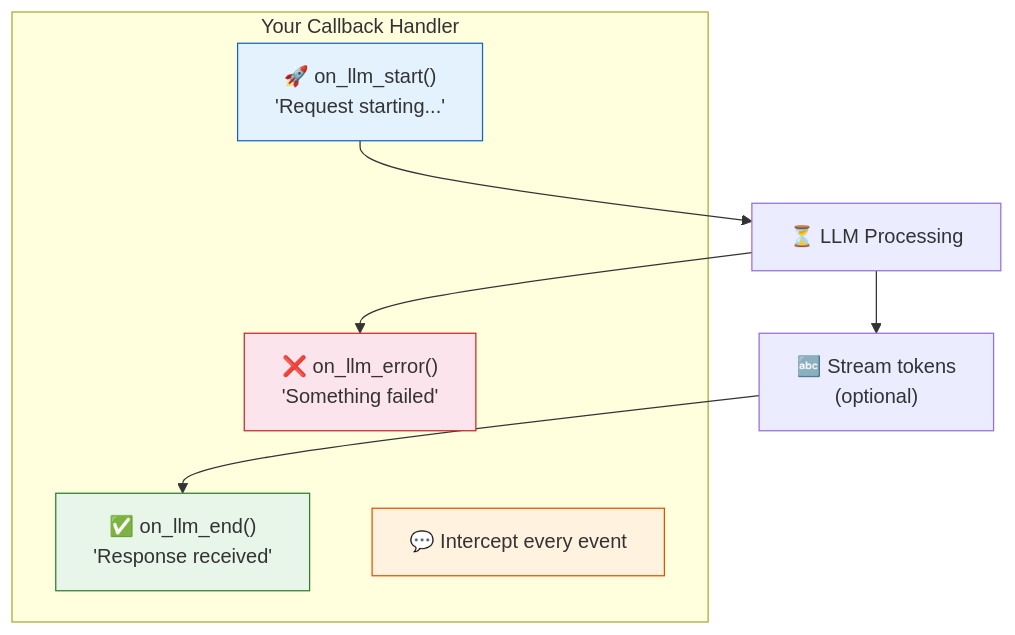
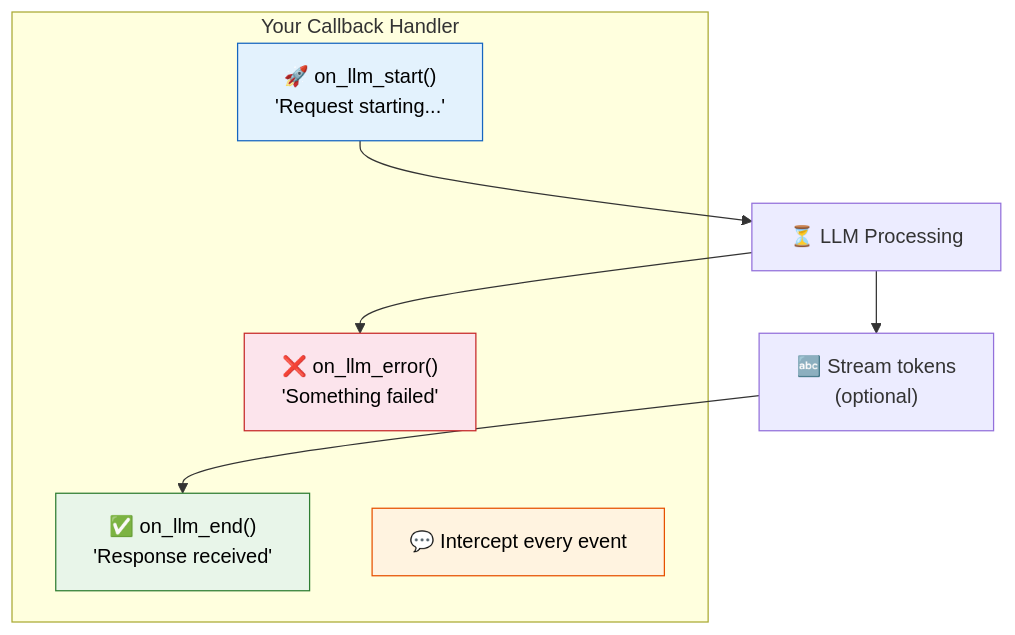
The first of 3 diagrams in 14_callbacks_streaming/README.md (remolaan/Agentic-AI-Cookbook), drawn with Mermaid before and after one commit. The commit also changed other lines of this file and 45 other files, not shown here.

Commit message:
Fix Mermaid diagram text colors for readability across all READMEs

````diff
--- a/14_callbacks_streaming/README.md
+++ b/14_callbacks_streaming/README.md
@@ -14,19 +14,19 @@
 ```mermaid
 flowchart TB
     S["🚀 on_llm_start()<br/>'Request starting...'"] --> P["⏳ LLM Processing"]
     P --> T["🔤 Stream tokens<br/>(optional)"]
     T --> E["✅ on_llm_end()<br/>'Response received'"]
     P --> ER["❌ on_llm_error()<br/>'Something failed'"]
     
     subgraph "Your Callback Handler"
         S
         E
         ER
         C["💬 Intercept every event"]
     end
     
-    style S fill:#e3f2fd,stroke:#1565c0
-    style E fill:#e8f5e9,stroke:#2e7d32
-    style ER fill:#fce4ec,stroke:#c62828
-    style C fill:#fff3e0,stroke:#e65100
+    style S fill:#e3f2fd,stroke:#1565c0,color:#000000
+    style E fill:#e8f5e9,stroke:#2e7d32,color:#000000
+    style ER fill:#fce4ec,stroke:#c62828,color:#000000
+    style C fill:#fff3e0,stroke:#e65100,color:#000000
 ```
````
